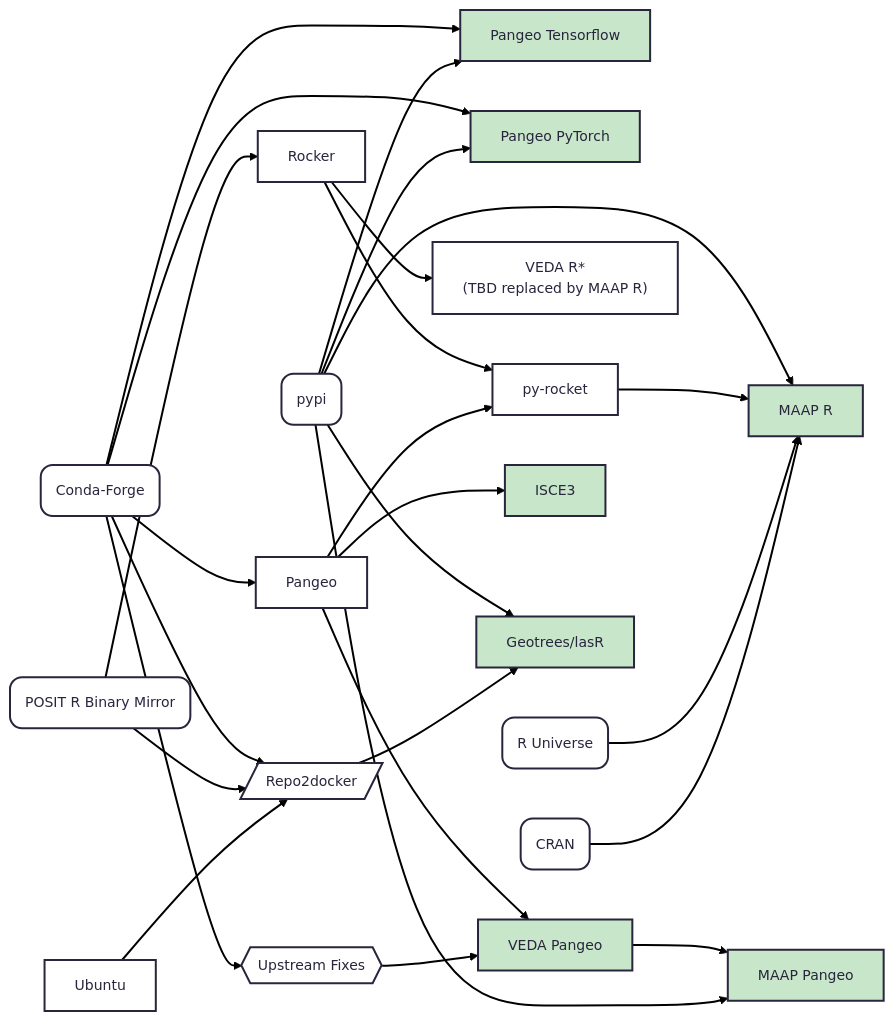
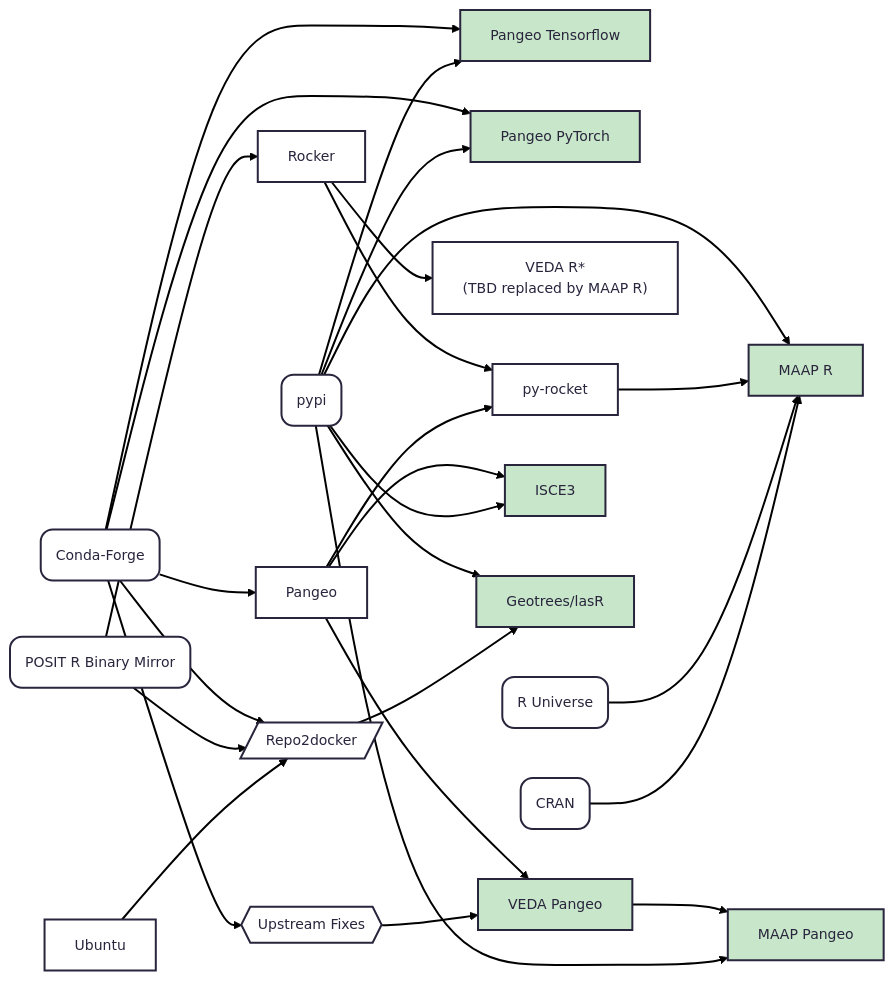
One commit to NASA-IMPACT/science-support changed the diagram in workspaces.md. Above: the diagram before and after it, drawn with Mermaid.

Commit message:
Pypi to ISCE3

````diff
--- a/workspaces.md
+++ b/workspaces.md
@@ -5,44 +5,44 @@
 ```mermaid
 ---
 config:
   theme: redux
   layout: dagre
 ---
 flowchart LR
     n1["Conda-Forge"] --> n6["Pangeo"] & n16["Pangeo Tensorflow"] & n17["Pangeo PyTorch"] & n11["Upstream Fixes"] & n18["Repo2docker"]
     n2["POSIT R Binary Mirror"] --> n7["Rocker"] & n18
     n7 --> n8["py-rocket"] & n13["VEDA R*<br>(TBD replaced by MAAP R)"]
     n6 --> n8 & n9["VEDA Pangeo"] & n14["ISCE3"]
     n9 --> n10["MAAP Pangeo"]
     n11 --> n9
-    n4["pypi"] --> n10 & n20["Geotrees/lasR"] & n17 & n16 & n12
+    n4["pypi"] --> n10 & n20["Geotrees/lasR"] & n17 & n16 & n12 & n14
     n8 --> n12["MAAP R"]
     n5["R Universe"] --> n12
     n3["CRAN"] --> n12
     n19["Ubuntu"] --> n18
     n18 --> n20
 
     n1@{ shape: rounded}
     n11@{ shape: hex}
     n18@{ shape: lean-r}
     n2@{ shape: rounded}
     n4@{ shape: rounded}
     n20@{ shape: rect}
     n5@{ shape: rounded}
     n3@{ shape: rounded}
     n19@{ shape: rect}
     style n16 fill:#C8E6C9
     style n17 fill:#C8E6C9
     style n9 fill:#C8E6C9
     style n14 fill:#C8E6C9
     style n10 fill:#C8E6C9
     style n20 fill:#C8E6C9
     style n12 fill:#C8E6C9
     click n9 "https://github.com/NASA-IMPACT/pangeo-notebook-veda-image"
     click n10 "https://github.com/MAAP-Project/maap-workspaces/tree/main/base_images/2i2c/pangeo"
     click n12 "https://github.com/MAAP-Project/maap-workspaces/tree/main/base_images/2i2c/r"
     click n14 "https://github.com/MAAP-Project/maap-workspaces/tree/main/base_images/2i2c/isce3"
     click n16 "https://github.com/MAAP-Project/maap-workspaces/tree/main/base_images/2i2c/tensorflow2"
     click n17 "https://github.com/MAAP-Project/maap-workspaces/tree/main/base_images/2i2c/pytorch"
     click n20 "https://github.com/GEO-TREES/workspace_images/tree/lasR"
 ```
````
